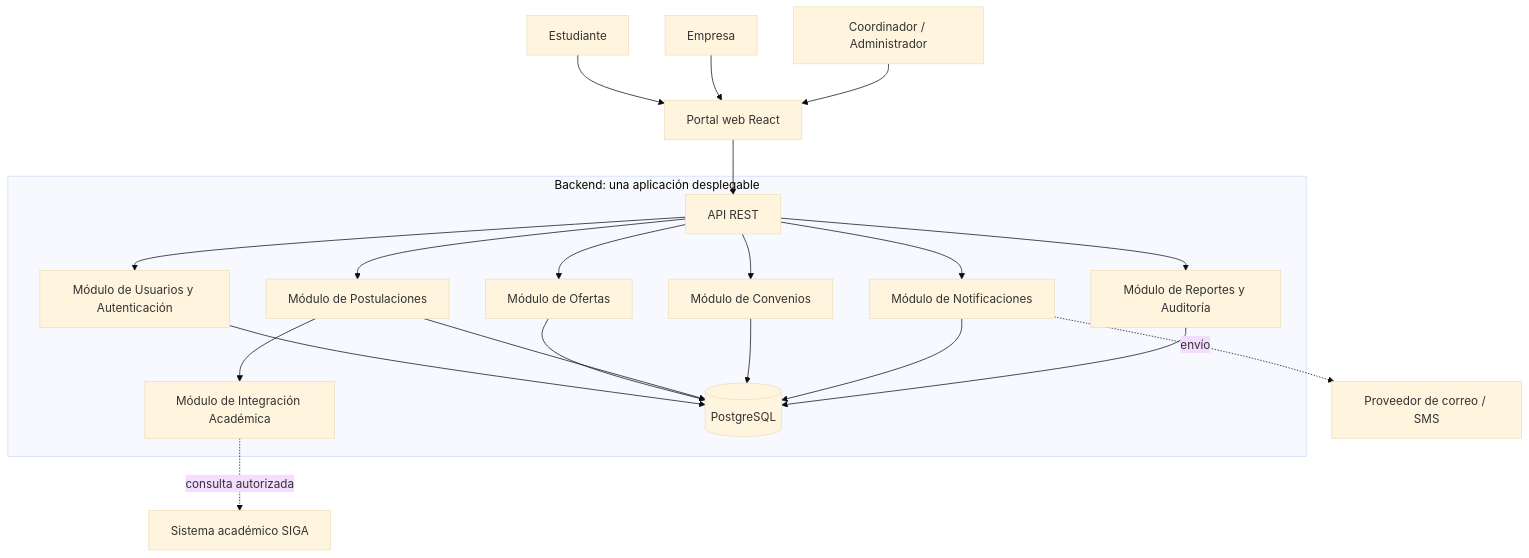
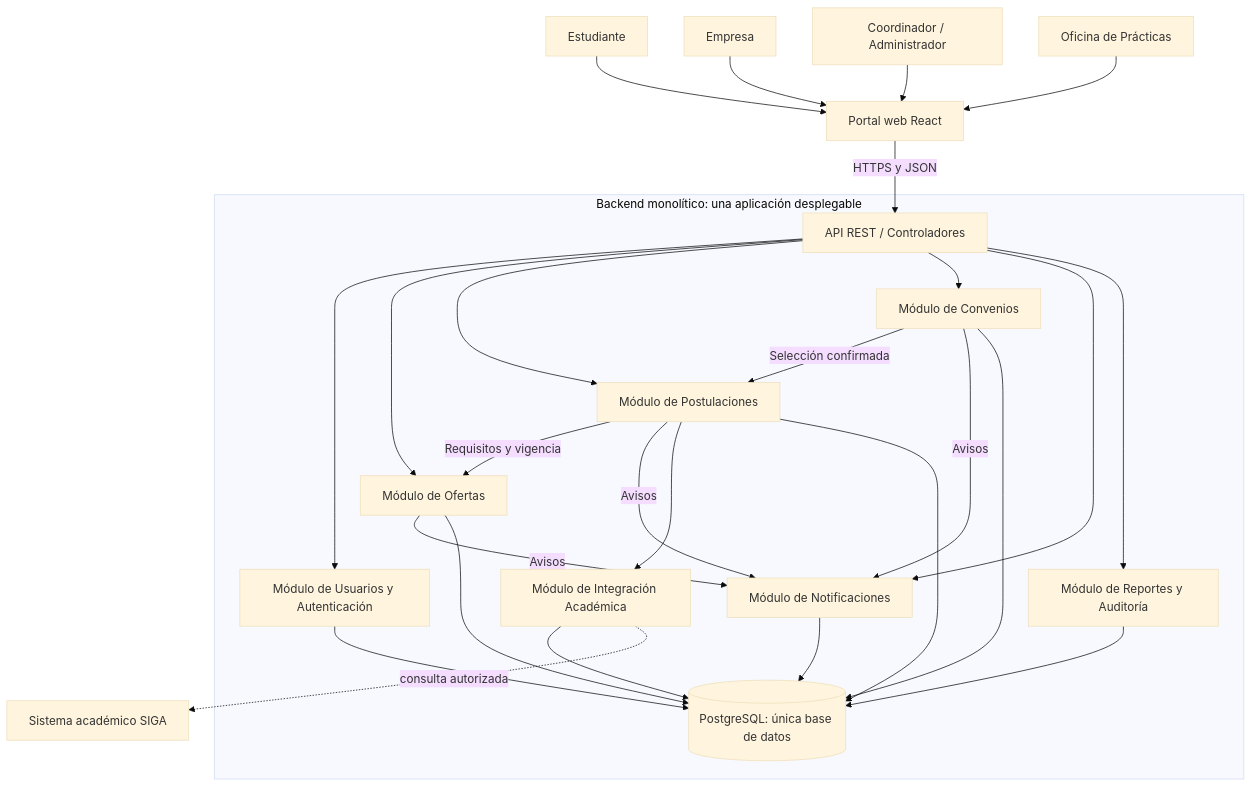
Before and after one commit to Jhoncode987/Sistema-de-Gestion-y-Publicacion-Practicas-Preprofesionales: the diagram in docs/02-arquitectura/estilo-arquitectonico.md, drawn with Mermaid (base theme). The commit also changed other lines of this file and 13 other files, not shown here.

Commit message:
docs: conservar arquitectura y diagramas originales y detallar los siete módulos

````diff
--- a/docs/02-arquitectura/estilo-arquitectonico.md
+++ b/docs/02-arquitectura/estilo-arquitectonico.md
@@ -45,26 +43,34 @@
 ```mermaid
 flowchart TD
     Est[Estudiante] --> Web[Portal web React]
     Emp[Empresa] --> Web
-    Coord[Coordinador / Administrador] --> Web
+    Coord["Coordinador / Administrador"] --> Web
+    Oficina["Oficina de Prácticas"] --> Web
 
-    Web --> API[API REST]
-    subgraph App["Backend: una aplicación desplegable"]
+    Web -->|"HTTPS y JSON"| API
+    subgraph App["Backend monolítico: una aplicación desplegable"]
+        API["API REST / Controladores"]
         API --> Auth["Módulo de Usuarios y Autenticación"]
         API --> Of["Módulo de Ofertas"]
         API --> Post["Módulo de Postulaciones"]
         API --> Conv["Módulo de Convenios"]
         API --> Notif["Módulo de Notificaciones"]
+        Post -->|"Requisitos y vigencia"| Of
+        Conv -->|"Selección confirmada"| Post
+        Of -->|"Avisos"| Notif
+        Post -->|"Avisos"| Notif
+        Conv -->|"Avisos"| Notif
         API --> Rep["Módulo de Reportes y Auditoría"]
         Post --> Acad["Módulo de Integración Académica"]
-        Auth --> DB[(PostgreSQL)]
+        Auth --> DB
         Of --> DB
         Post --> DB
         Conv --> DB
         Notif --> DB
         Rep --> DB
+        Acad --> DB
     end
+    DB[("PostgreSQL: única base de datos")]
 
     Acad -. consulta autorizada .-> SIGA[Sistema académico SIGA]
-    Notif -. envío .-> Canal[Proveedor de correo / SMS]
 ```
````
